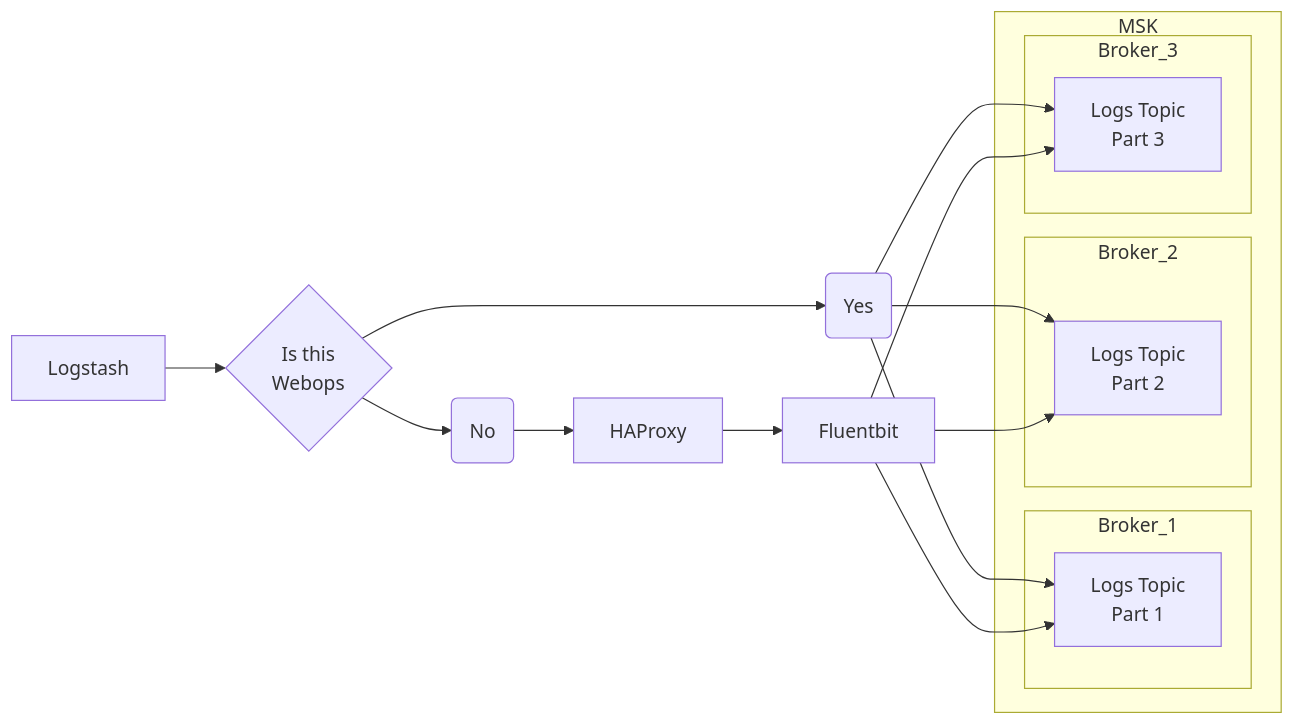
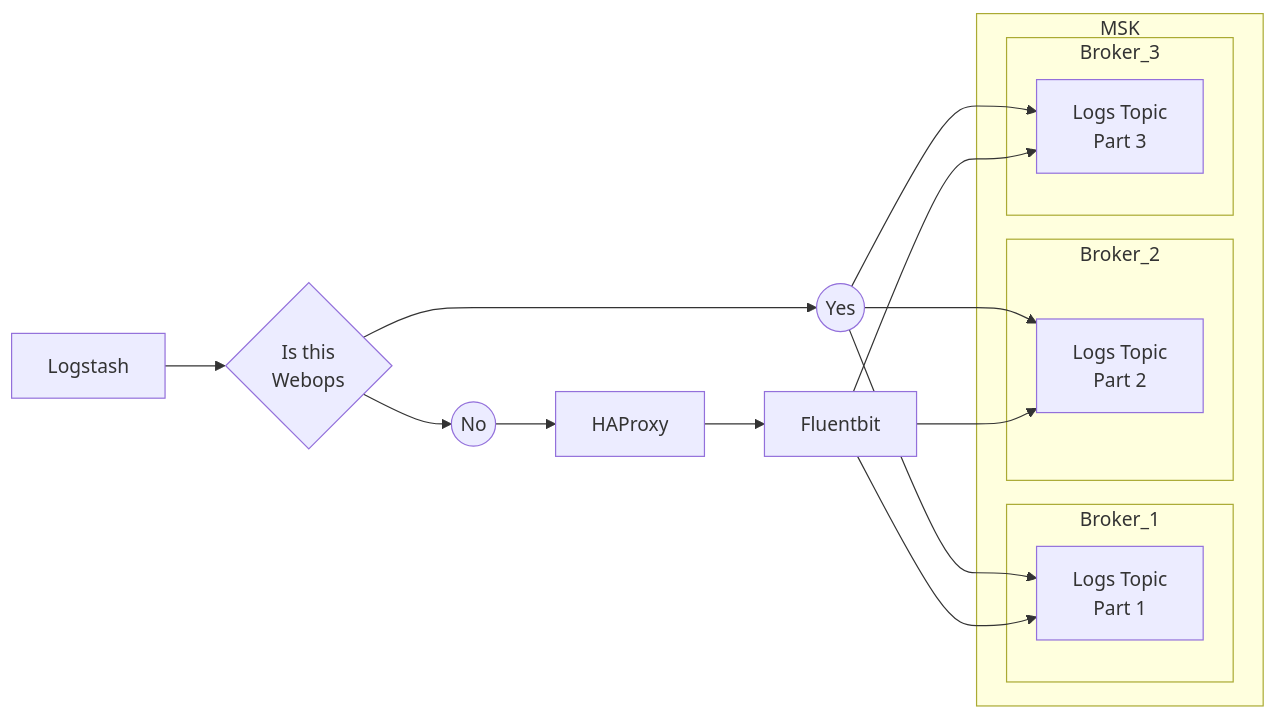
One commit to Saskia-MDTP/can-hedgehogs-fly changed the second of 2 diagrams in README.md. Above: the diagram before and after it, drawn with Mermaid.

````diff
--- a/README.md
+++ b/README.md
@@ -15,24 +15,24 @@
 ```mermaid
   graph LR;
       subgraph MSK
           subgraph Broker_1
               P1[Logs Topic<br/>Part 1];
            end
           subgraph Broker_2
               P2[Logs Topic<br/>Part 2];
            end
           subgraph Broker_3
               P3[Logs Topic<br/>Part 3];
            end
        end
        Logstash-->Q{Is this<br/>Webops}
-       Q-->Yes(Yes);
+       Q-->Yes((Yes));
        Yes-->P1;
        Yes-->P2;
        Yes-->P3;
-       Q-->No(No);
+       Q-->No((No));
        No-->HAProxy-->Fluentbit;
        Fluentbit-->P1;
        Fluentbit-->P2;
        Fluentbit-->P3;
 ```
````
